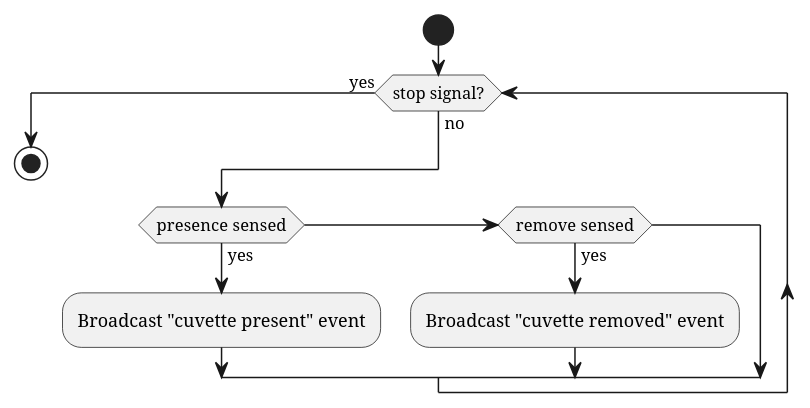
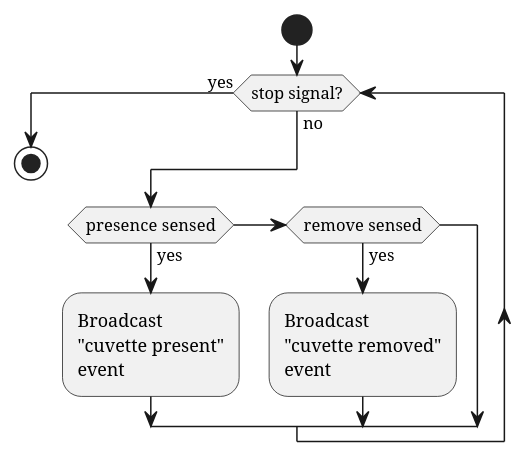
The diagram in diagrams/cuvetteSensor/mainLoop.plantuml (rantonet/raspiscope-python), drawn with PlantUML before and after one commit. The commit also changed 8 other files, not shown here.

```diff
--- a/diagrams/cuvetteSensor/mainLoop.plantuml
+++ b/diagrams/cuvetteSensor/mainLoop.plantuml
@@ -1,11 +1,11 @@
 @startuml CuvetteSensor Main Loop
 start
 while (stop signal?) is (no)
 if (presence sensed) then (yes)
-    :Broadcast "cuvette present" event;
+    :Broadcast\n"cuvette present"\nevent;
 elseif (remove sensed) then (yes)
-    :Broadcast "cuvette removed" event;
+    :Broadcast\n"cuvette removed"\nevent;
 endif
 endwhile (yes)
 stop
 @enduml
```
